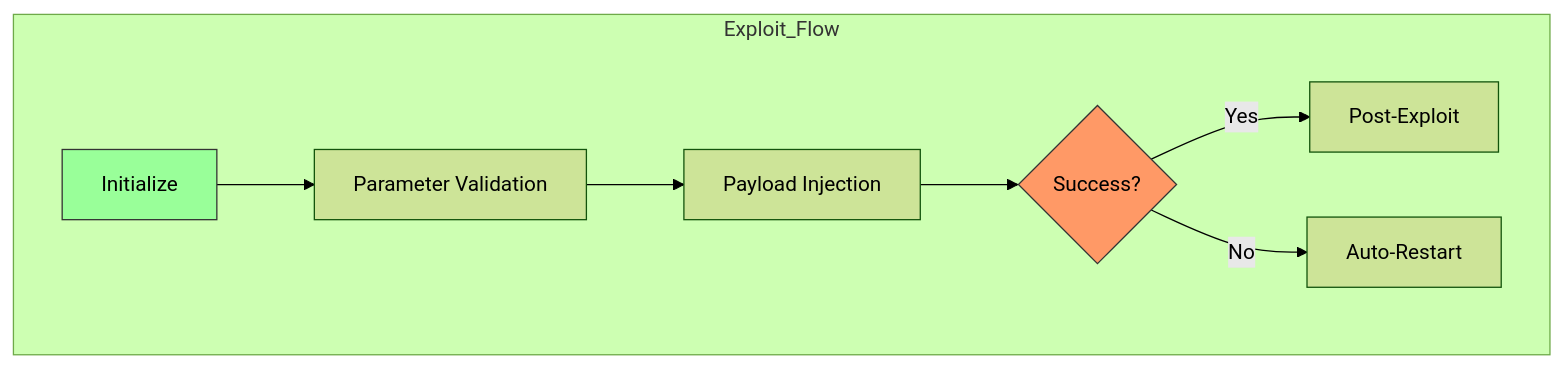
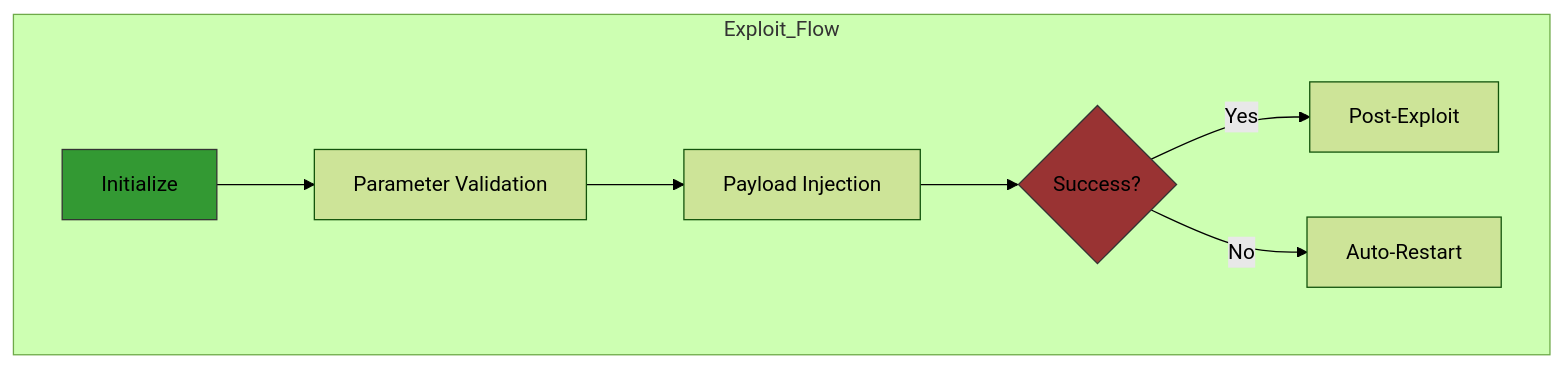
Before and after one commit to ayasns/Smart-PPPwn: the third of 5 diagrams in README.md, drawn with Mermaid (forest theme).

````diff
--- a/README.md
+++ b/README.md
@@ -73,13 +73,13 @@
 ```mermaid
 flowchart TB
     subgraph Exploit_Flow
         A[Initialize] --> B[Parameter Validation]
         B --> C[Payload Injection]
         C --> D{Success?}
         D -->|Yes| E[Post-Exploit]
         D -->|No| F[Auto-Restart]
     end
     
-    style A fill:#9f9,stroke:#333
-    style D fill:#f96,stroke:#333
+style A fill:#393,stroke:#333  
+style D fill:#933,stroke:#333  
 ```
````
